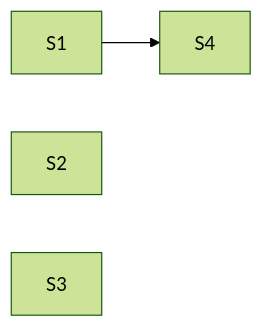
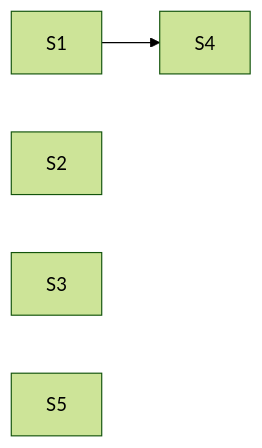
One commit to jhoblitt/rgw-go changed the second of 10 diagrams in docs/superpowers/plans/2026-10-13-phase-2/dependencies.md. Above: the diagram before and after it, drawn with Mermaid (forest theme). The commit also changed other lines of this file, not shown here.

First line of the commit message:
docs(plan): regenerate the phase 2 dependency graph for S5

````diff
--- a/docs/superpowers/plans/2026-10-13-phase-2/dependencies.md
+++ b/docs/superpowers/plans/2026-10-13-phase-2/dependencies.md
@@ -51,12 +51,14 @@
 ```mermaid
 flowchart LR
   t_S1["S1"]
   t_S2["S2"]
   t_S3["S3"]
   t_S4["S4"]
+  t_S5["S5"]
   t_S1 --> t_S4
   click t_S1 href "https://github.com/jhoblitt/rgw-go/blob/main/docs/superpowers/plans/2026-10-13-phase-2/00-index.md#task-s1-fakeradoss-rgw-class-as-method-tables" "S1: fakerados's rgw class as method tables"
   click t_S2 href "https://github.com/jhoblitt/rgw-go/blob/main/docs/superpowers/plans/2026-10-13-phase-2/00-index.md#task-s2-route-sets-per-feature-and-the-env-slots" "S2: route sets per feature and the Env slots"
   click t_S3 href "https://github.com/jhoblitt/rgw-go/blob/main/docs/superpowers/plans/2026-10-13-phase-2/00-index.md#task-s3-one-aws-correct-ispublic" "S3: one AWS-correct IsPublic"
   click t_S4 href "https://github.com/jhoblitt/rgw-go/blob/main/docs/superpowers/plans/2026-10-13-phase-2/00-index.md#task-s4-fakerados-refuses-an-unregistered-class-method-at-op-setup" "S4: fakerados refuses an unregistered class method at op setup"
+  click t_S5 href "https://github.com/jhoblitt/rgw-go/blob/main/docs/superpowers/plans/2026-10-13-phase-2/00-index.md#task-s5-ignorepublicacls-ignores-swifts-public-container-grants" "S5: IgnorePublicAcls ignores Swift's public container grants"
 ```
````
